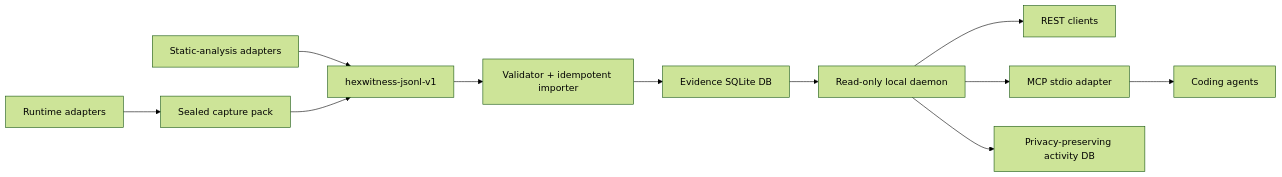
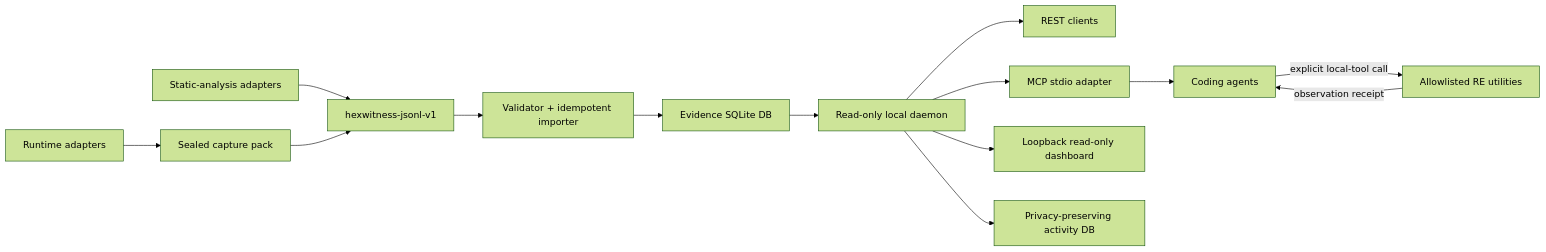
The diagram in docs/ARCHITECTURE.md (siaginw/HexWitness), drawn with Mermaid (forest theme) before and after one commit. The commit also changed other lines of this file and 59 other files, not shown here.

````diff
--- a/docs/ARCHITECTURE.md
+++ b/docs/ARCHITECTURE.md
@@ -3,13 +3,16 @@
 ```mermaid
 flowchart LR
   A["Static-analysis adapters"] --> J["hexwitness-jsonl-v1"]
   R["Runtime adapters"] --> P["Sealed capture pack"]
   P --> J
   J --> V["Validator + idempotent importer"]
   V --> E["Evidence SQLite DB"]
   E --> D["Read-only local daemon"]
   D --> H["REST clients"]
   D --> M["MCP stdio adapter"]
   M --> G["Coding agents"]
+  G -->|"explicit local-tool call"| T["Allowlisted RE utilities"]
+  T -->|"observation receipt"| G
+  D --> U["Loopback read-only dashboard"]
   D --> L["Privacy-preserving activity DB"]
 ```
````
